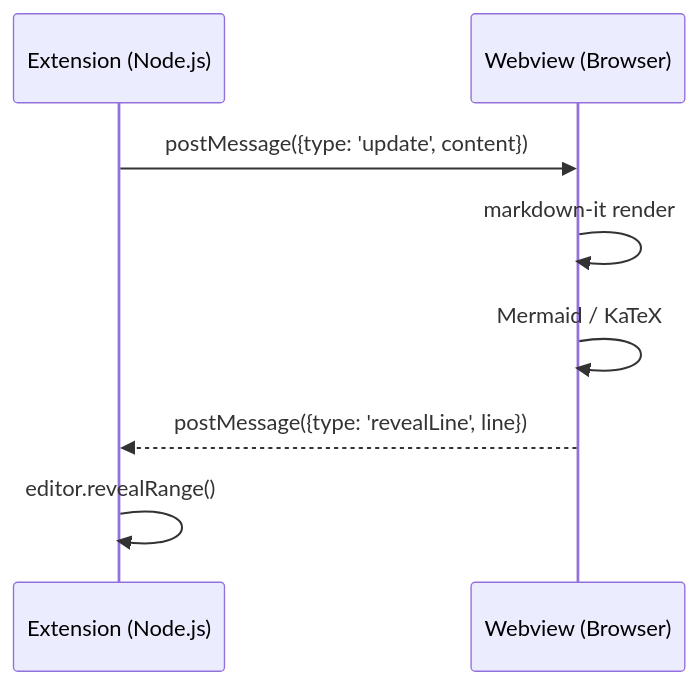
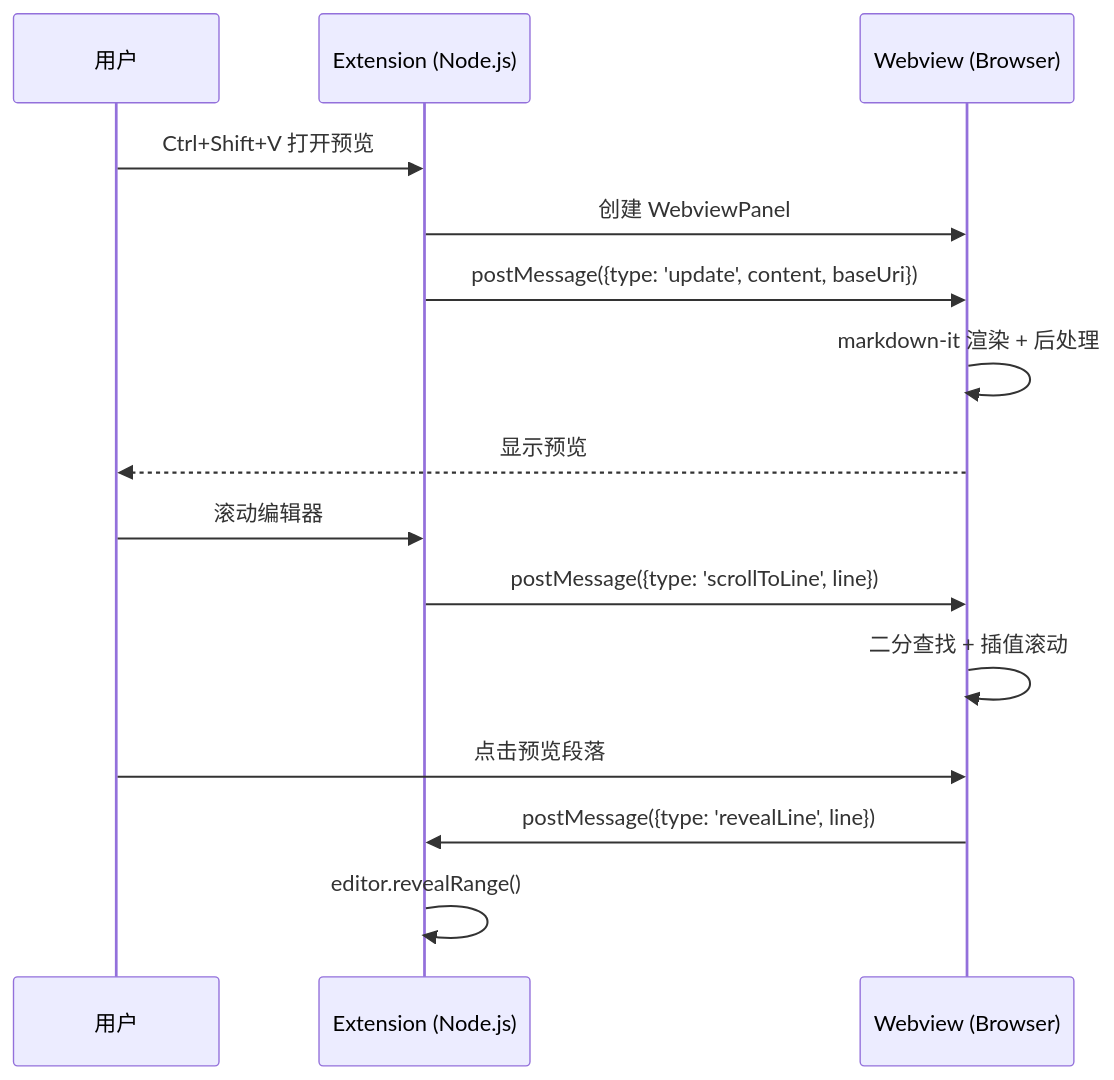
Before and after one commit to zbw1037176947-netizen/markdown-super: the second of 4 diagrams in test-preview.md, drawn with Mermaid. The commit also changed other lines of this file and 2 other files, not shown here.

First line of the commit message:
fix: 修复图片预览路径解析 + 更新全功能测试文档

````diff
--- a/test-preview.md
+++ b/test-preview.md
@@ -109,10 +231,20 @@
 ```mermaid
 sequenceDiagram
+    participant U as 用户
     participant E as Extension (Node.js)
     participant W as Webview (Browser)
-    E->>W: postMessage({type: 'update', content})
-    W->>W: markdown-it render
-    W->>W: Mermaid / KaTeX
-    W-->>E: postMessage({type: 'revealLine', line})
+
+    U->>E: Ctrl+Shift+V 打开预览
+    E->>W: 创建 WebviewPanel
+    E->>W: postMessage({type: 'update', content, baseUri})
+    W->>W: markdown-it 渲染 + 后处理
+    W-->>U: 显示预览
+
+    U->>E: 滚动编辑器
+    E->>W: postMessage({type: 'scrollToLine', line})
+    W->>W: 二分查找 + 插值滚动
+
+    U->>W: 点击预览段落
+    W->>E: postMessage({type: 'revealLine', line})
     E->>E: editor.revealRange()
 ```
````
